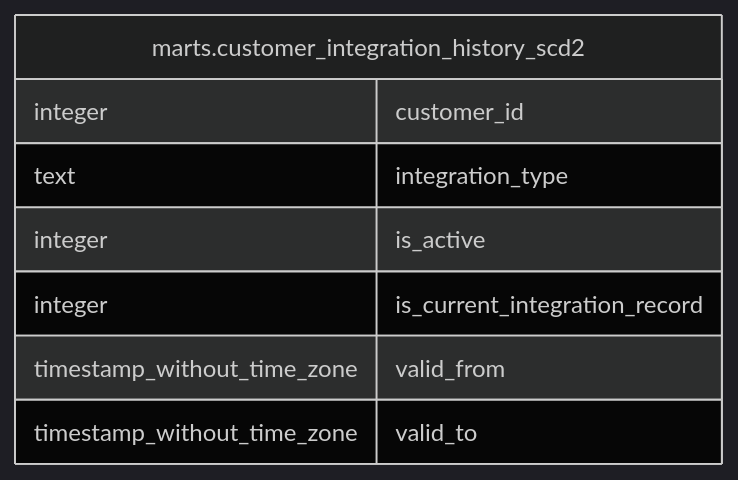
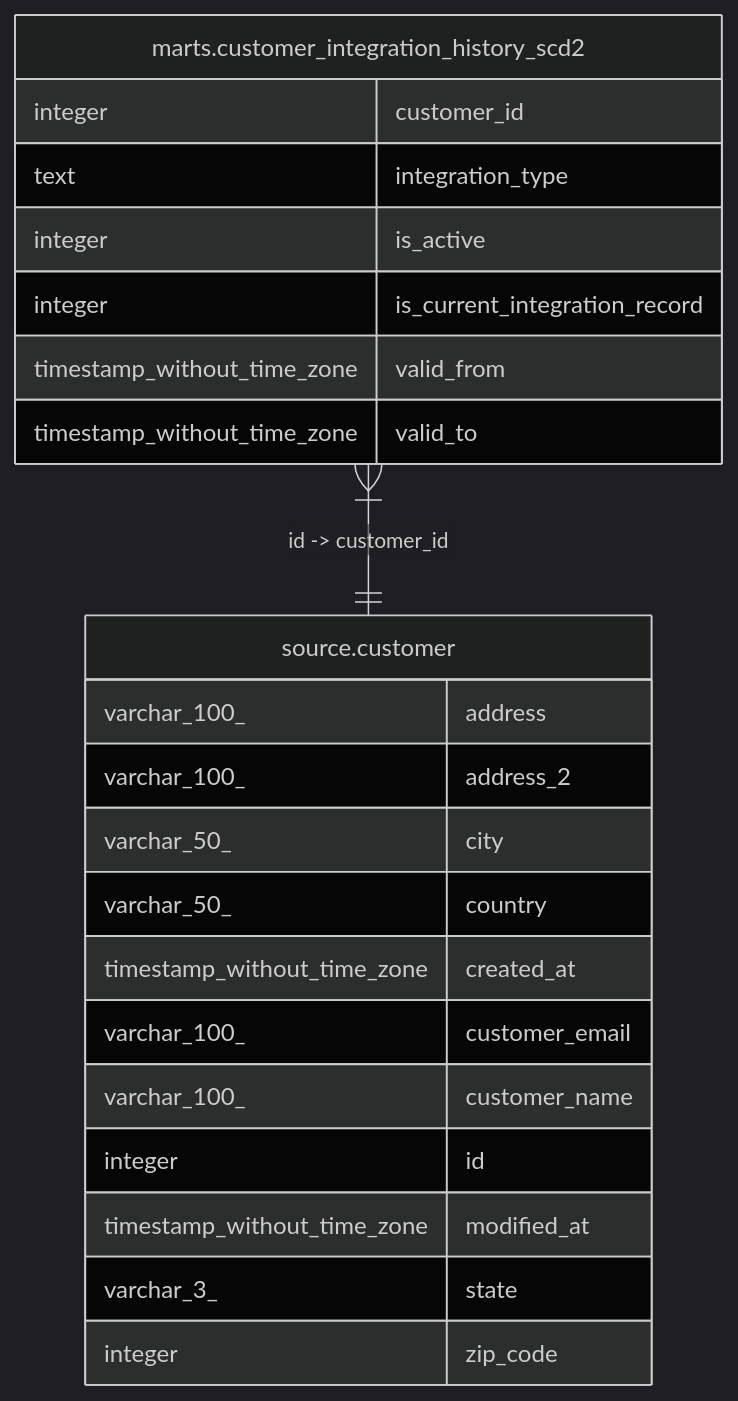
The diagram in tbls/marts.customer_integration_history_scd2.md (jyablonski/jyablonski_kimball_example), drawn with Mermaid (dark theme) before and after one commit. The commit also changed other lines of this file and 8 other files, not shown here.

````diff
--- a/tbls/marts.customer_integration_history_scd2.md
+++ b/tbls/marts.customer_integration_history_scd2.md
@@ -18,13 +18,27 @@
 ```mermaid
 erDiagram
 
+"marts.customer_integration_history_scd2" }|--|| "source.customer" : "id -> customer_id"
 
 "marts.customer_integration_history_scd2" {
   integer customer_id
   text integration_type
   integer is_active
   integer is_current_integration_record
   timestamp_without_time_zone valid_from
   timestamp_without_time_zone valid_to
 }
+"source.customer" {
+  varchar_100_ address
+  varchar_100_ address_2
+  varchar_50_ city
+  varchar_50_ country
+  timestamp_without_time_zone created_at
+  varchar_100_ customer_email
+  varchar_100_ customer_name
+  integer id
+  timestamp_without_time_zone modified_at
+  varchar_3_ state
+  integer zip_code
+}
 ```
````
